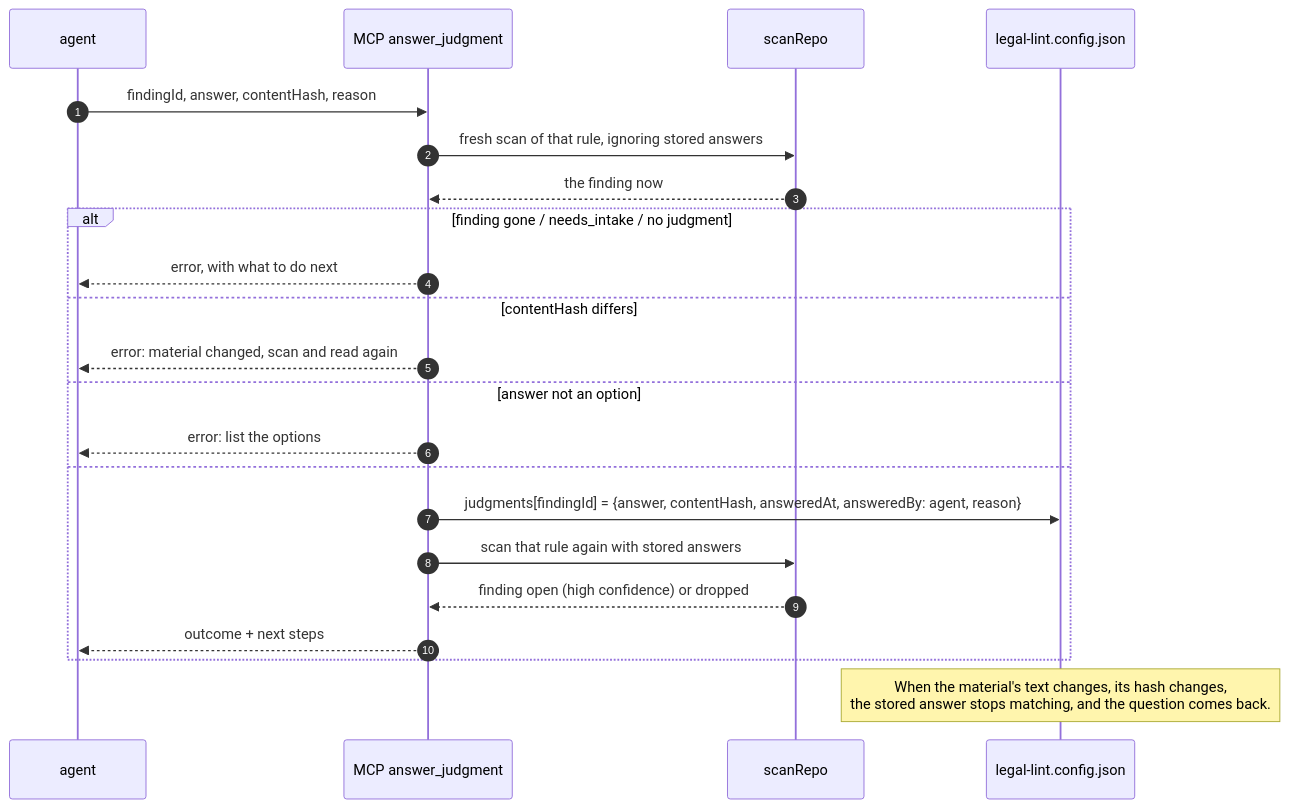
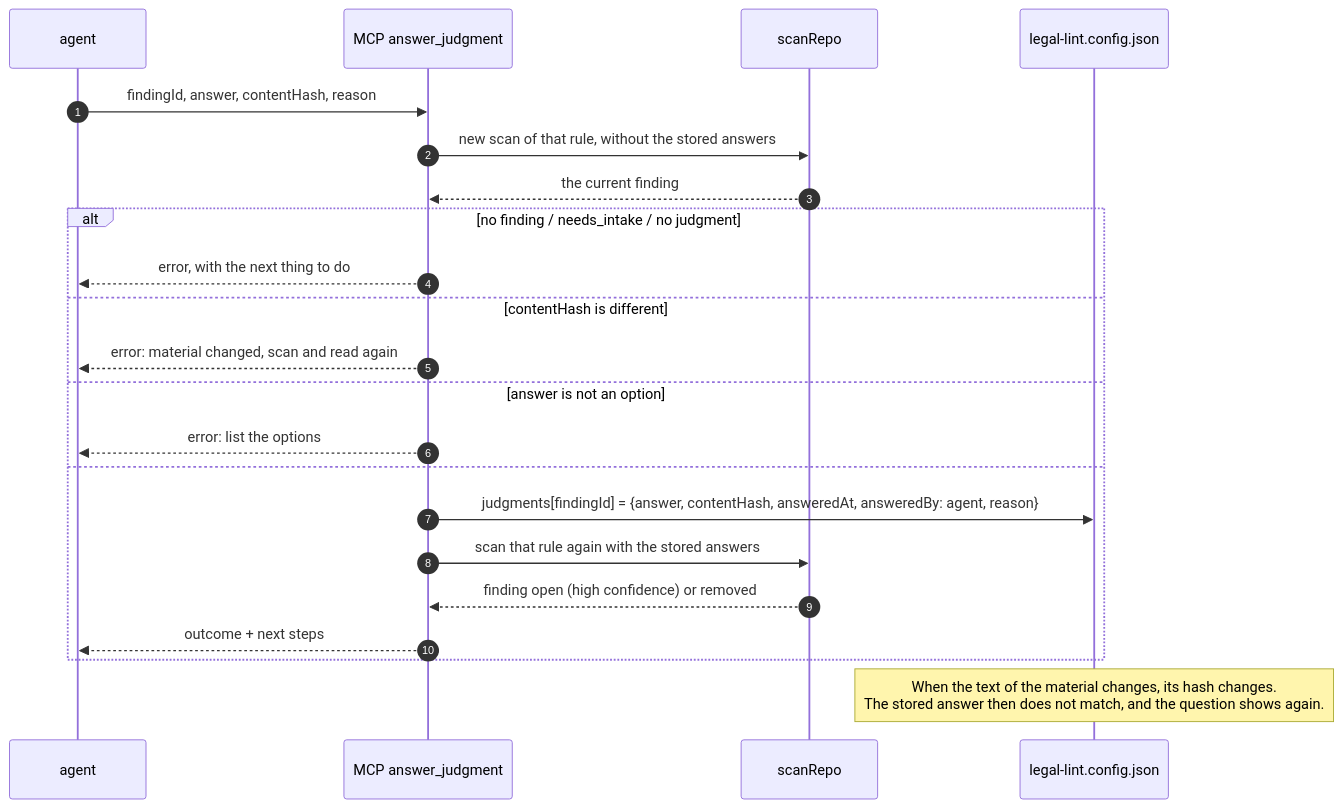
One commit to raghavg27/legal-linter changed diagram 11 of 13 in docs/architecture.md. Above: the diagram before and after it, drawn with Mermaid. The commit also changed other lines of this file and 7 other files, not shown here.

Commit message:
docs: rewrite README, CLAUDE.md, contributor docs and architecture diagrams in ASD-STE100 style

````diff
--- a/docs/architecture.md
+++ b/docs/architecture.md
@@ -262,25 +262,25 @@
 ```mermaid
 sequenceDiagram
   autonumber
   participant A as agent
   participant M as MCP answer_judgment
   participant E as scanRepo
   participant C as legal-lint.config.json
 
   A->>M: findingId, answer, contentHash, reason
-  M->>E: fresh scan of that rule, ignoring stored answers
-  E-->>M: the finding now
-  alt finding gone / needs_intake / no judgment
-    M-->>A: error, with what to do next
-  else contentHash differs
+  M->>E: new scan of that rule, without the stored answers
+  E-->>M: the current finding
+  alt no finding / needs_intake / no judgment
+    M-->>A: error, with the next thing to do
+  else contentHash is different
     M-->>A: error: material changed, scan and read again
-  else answer not an option
+  else answer is not an option
     M-->>A: error: list the options
   else
     M->>C: judgments[findingId] = {answer, contentHash, answeredAt, answeredBy: agent, reason}
-    M->>E: scan that rule again with stored answers
-    E-->>M: finding open (high confidence) or dropped
+    M->>E: scan that rule again with the stored answers
+    E-->>M: finding open (high confidence) or removed
     M-->>A: outcome + next steps
   end
-  Note over C: When the material's text changes, its hash changes,<br/>the stored answer stops matching, and the question comes back.
+  Note over C: When the text of the material changes, its hash changes.<br/>The stored answer then does not match, and the question shows again.
 ```
````
